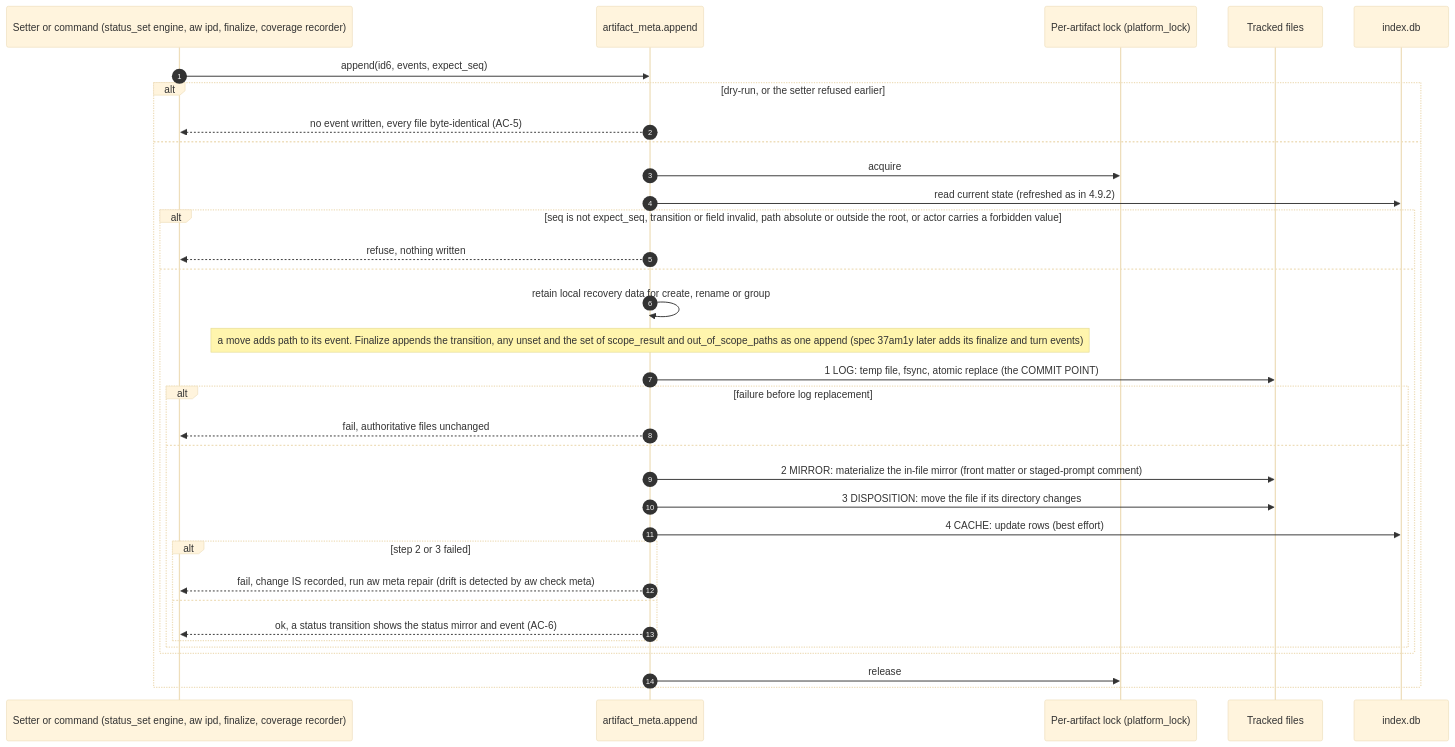
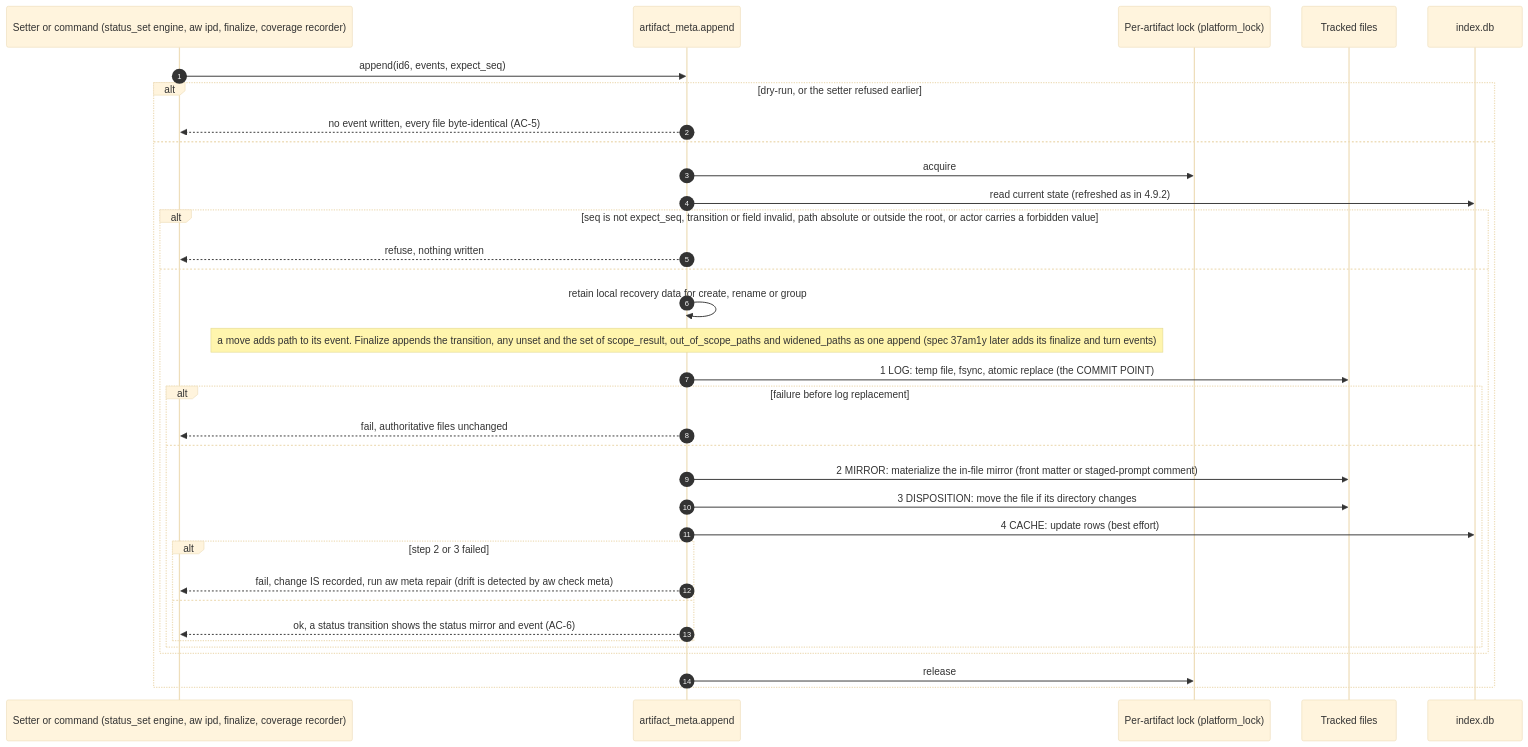
The sixth of 10 diagrams in .aw/records/specs/reviewed/20260925-metastore-01-4sd62s-artifact-metadata-store.spec.md (fariello/agent-workflows), drawn with Mermaid (base theme) before and after one commit. The commit also changed other lines of this file, not shown here.

First line of the commit message:
spec(4sd62s): complete interim scope fields in AC-39, 4.4 and diagrams; scope_exceptions ordinal rule

````diff
--- a/.aw/records/specs/reviewed/20260925-metastore-01-4sd62s-artifact-metadata-store.spec.md
+++ b/.aw/records/specs/reviewed/20260925-metastore-01-4sd62s-artifact-metadata-store.spec.md
@@ -1598,36 +1599,36 @@
 ```mermaid
 sequenceDiagram
     autonumber
     participant S as Setter or command (status_set engine, aw ipd, finalize, coverage recorder)
     participant M as artifact_meta.append
     participant L as Per-artifact lock (platform_lock)
     participant G as Tracked files
     participant C as index.db
     S->>M: append(id6, events, expect_seq)
     alt dry-run, or the setter refused earlier
         M-->>S: no event written, every file byte-identical (AC-5)
     else
         M->>L: acquire
         M->>C: read current state (refreshed as in 4.9.2)
         alt seq is not expect_seq, transition or field invalid, path absolute or outside the root, or actor carries a forbidden value
             M-->>S: refuse, nothing written
         else
             M->>M: retain local recovery data for create, rename or group
-            Note over M: a move adds path to its event. Finalize appends the transition, any unset and the set of scope_result and out_of_scope_paths as one append (spec 37am1y later adds its finalize and turn events)
+            Note over M: a move adds path to its event. Finalize appends the transition, any unset and the set of scope_result, out_of_scope_paths and widened_paths as one append (spec 37am1y later adds its finalize and turn events)
             M->>G: 1 LOG: temp file, fsync, atomic replace (the COMMIT POINT)
             alt failure before log replacement
                 M-->>S: fail, authoritative files unchanged
             else
                 M->>G: 2 MIRROR: materialize the in-file mirror (front matter or staged-prompt comment)
                 M->>G: 3 DISPOSITION: move the file if its directory changes
                 M->>C: 4 CACHE: update rows (best effort)
                 alt step 2 or 3 failed
                     M-->>S: fail, change IS recorded, run aw meta repair (drift is detected by aw check meta)
                 else
                     M-->>S: ok, a status transition shows the status mirror and event (AC-6)
                 end
             end
         end
         M->>L: release
     end
 ```
````
